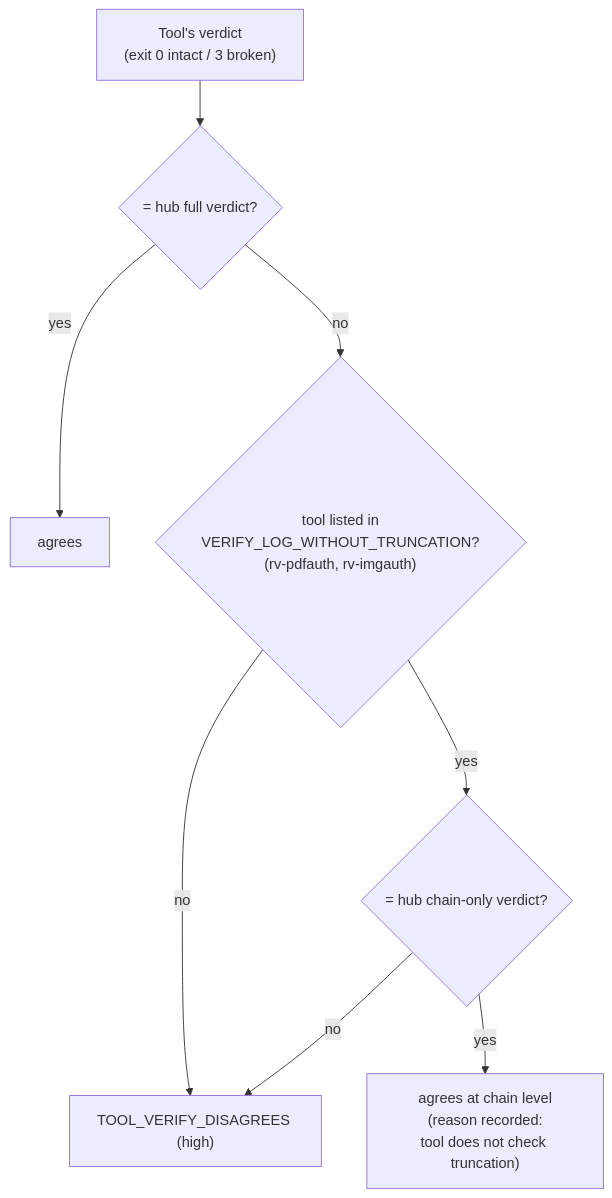
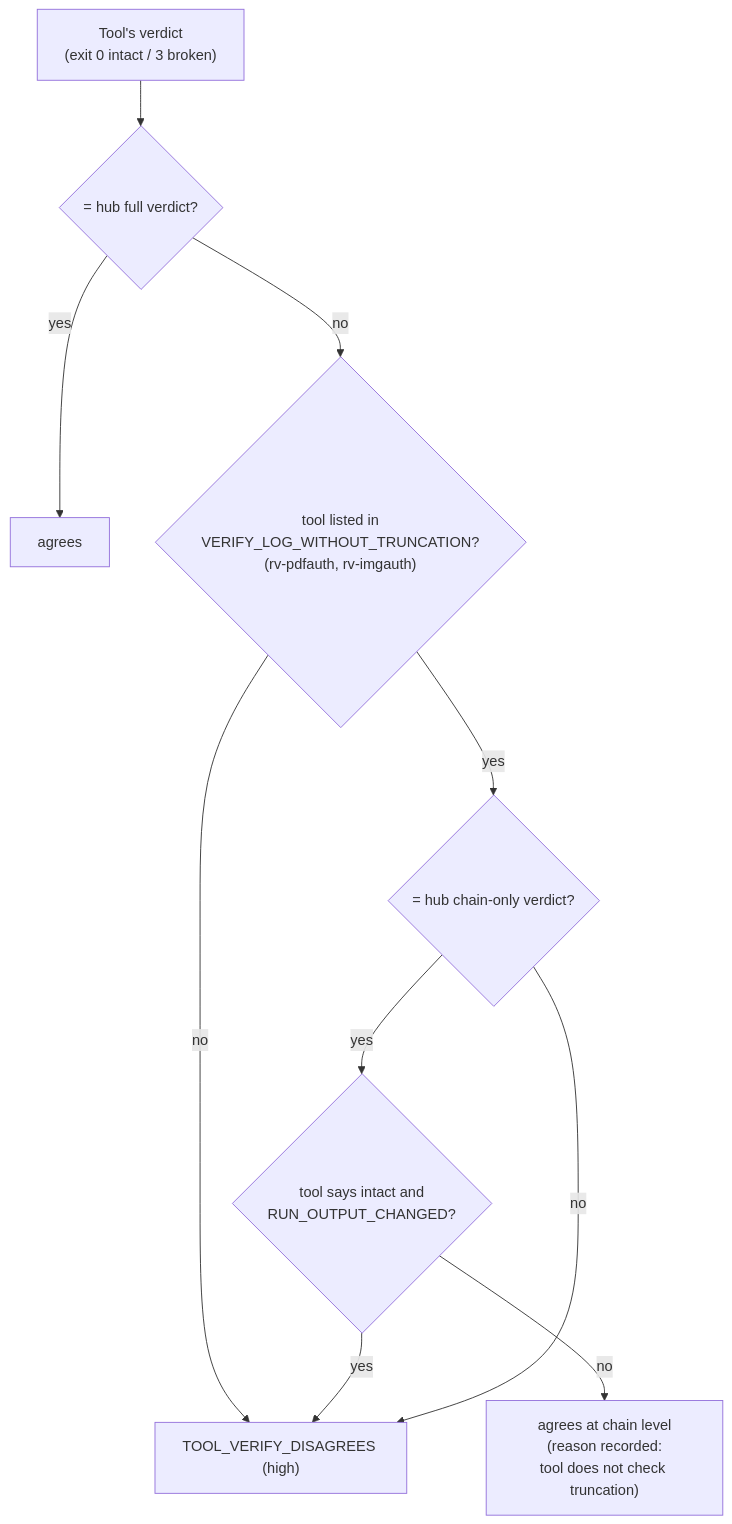
Before and after one commit to Panacota96/rv-hub: the fifth of 7 diagrams in docs/theory.md, drawn with Mermaid. The commit also changed other lines of this file and 8 other files, not shown here.

Commit message:
docs: recorded outputs, RUN_OUTPUT_CHANGED and the cross-check rule (ADR 0004 decision 5)

````diff
--- a/docs/theory.md
+++ b/docs/theory.md
@@ -444,10 +446,12 @@
 ```mermaid
 flowchart TB
     T["Tool's verdict<br/>(exit 0 intact / 3 broken)"] --> A{"= hub full verdict?"}
     A -- yes --> AG["agrees"]
     A -- no --> K{"tool listed in<br/>VERIFY_LOG_WITHOUT_TRUNCATION?<br/>(rv-pdfauth, rv-imgauth)"}
     K -- no --> DIS["TOOL_VERIFY_DISAGREES (high)"]
     K -- yes --> B{"= hub chain-only verdict?"}
-    B -- yes --> AG2["agrees at chain level<br/>(reason recorded:<br/>tool does not check truncation)"]
+    B -- yes --> O{"tool says intact and<br/>RUN_OUTPUT_CHANGED?"}
+    O -- no --> AG2["agrees at chain level<br/>(reason recorded:<br/>tool does not check truncation)"]
+    O -- yes --> DIS
     B -- no --> DIS
 ```
````
